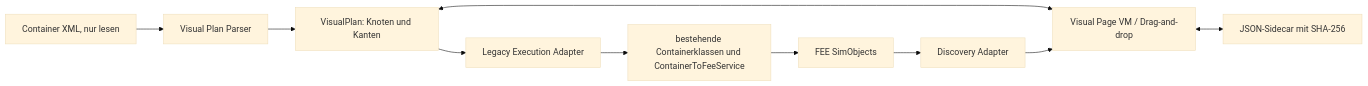
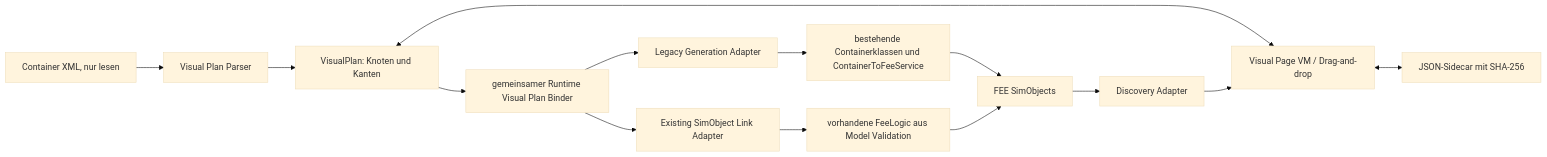
Before and after one commit to Marbest4/VIBN_Tools_App: the fifth of 6 diagrams in docs/ARCHITECTURE_DIAGRAMS.md, drawn with Mermaid (base theme). The commit also changed other lines of this file and 48 other files, not shown here.

````diff
--- a/docs/ARCHITECTURE_DIAGRAMS.md
+++ b/docs/ARCHITECTURE_DIAGRAMS.md
@@ -80,12 +87,16 @@
 ```mermaid
 flowchart LR
     XML[Container XML, nur lesen] --> PARSER[Visual Plan Parser]
     PARSER --> PLAN[VisualPlan: Knoten und Kanten]
     PLAN <--> VM[Visual Page VM / Drag-and-drop]
     VM <--> SIDE[JSON-Sidecar mit SHA-256]
     FEE[FEE SimObjects] --> DISC[Discovery Adapter]
     DISC --> VM
-    PLAN --> EXEC[Legacy Execution Adapter]
+    PLAN --> BIND[gemeinsamer Runtime Visual Plan Binder]
+    BIND --> EXEC[Legacy Generation Adapter]
+    BIND --> LINK[Existing SimObject Link Adapter]
     EXEC --> LEGACY[bestehende Containerklassen und ContainerToFeeService]
+    LINK --> FEELOGIC[vorhandene FeeLogic aus Model Validation]
     LEGACY --> FEE
+    FEELOGIC --> FEE
 ```
````
